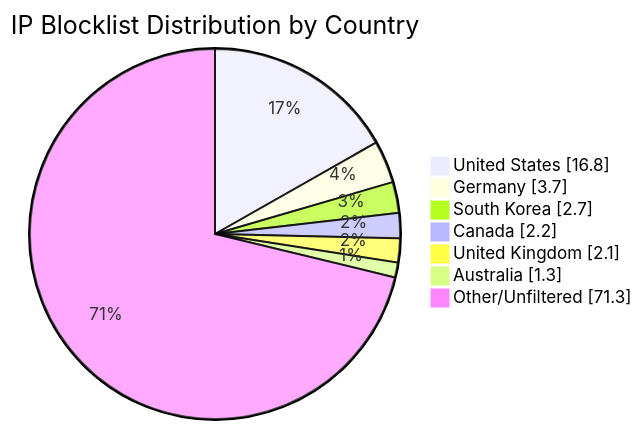
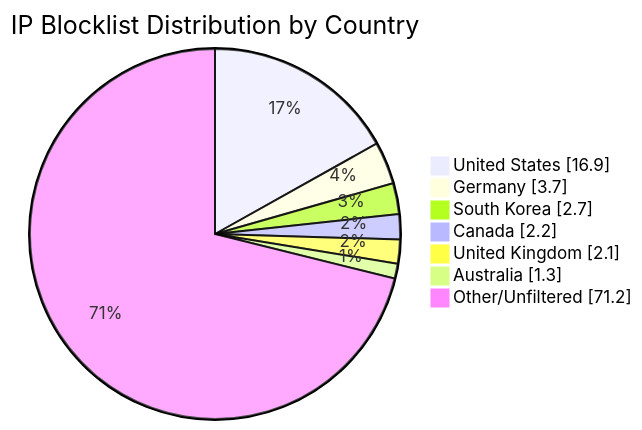
One commit to MarcusHoltz/ipblocklist-geofiltered-aggregator changed the diagram in README.md. Above: the diagram before and after it, drawn with Mermaid. The commit also changed other lines of this file and 9 other files, not shown here.

````diff
--- a/README.md
+++ b/README.md
@@ -34,10 +34,10 @@
 ```mermaid
 pie showData title IP Blocklist Distribution by Country
-"United States" : 16.8
+"United States" : 16.9
 "Germany" : 3.7
 "South Korea" : 2.7
 "Canada" : 2.2
 "United Kingdom" : 2.1
 "Australia" : 1.3
-"Other/Unfiltered" : 71.3
+"Other/Unfiltered" : 71.2
 ```
````
